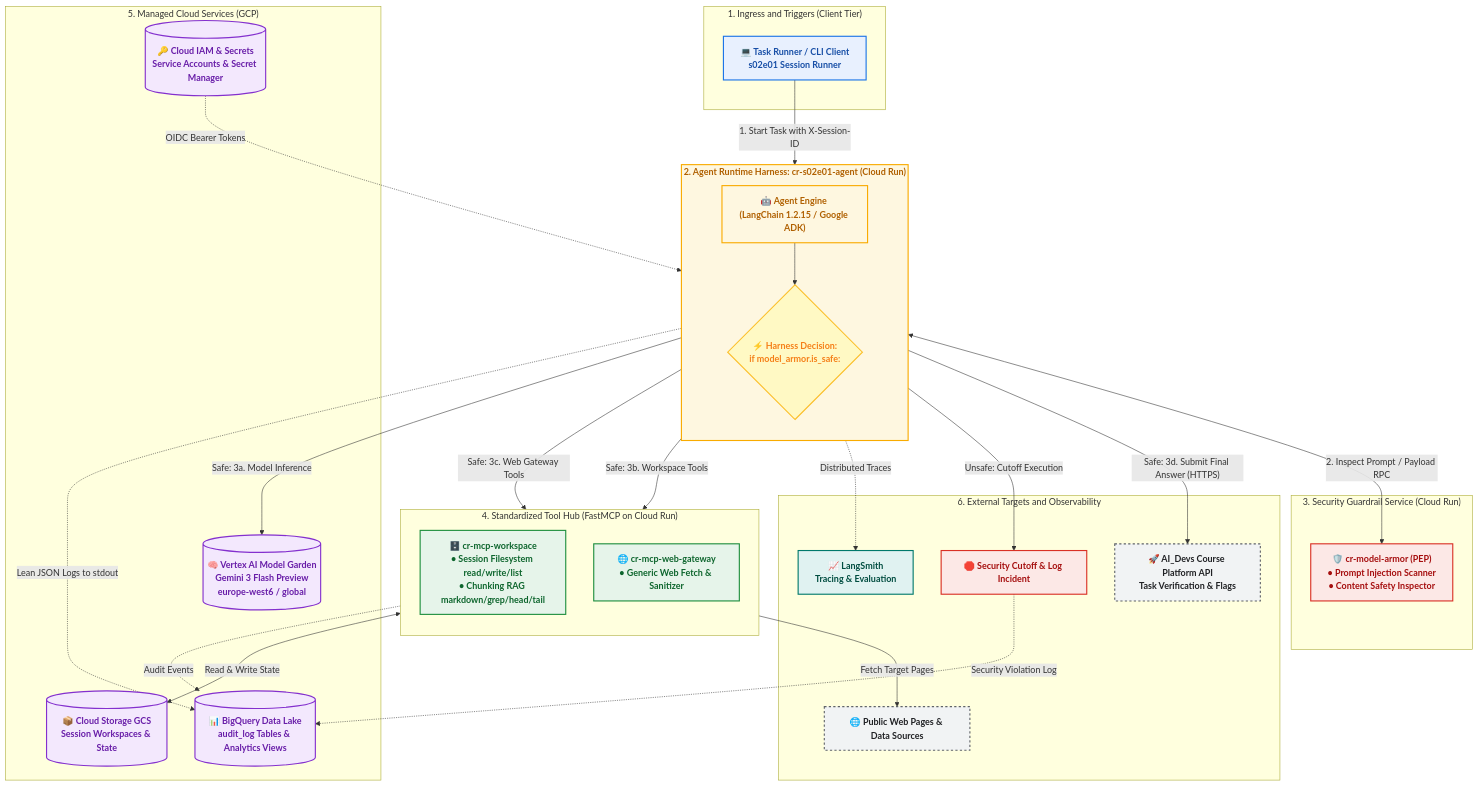
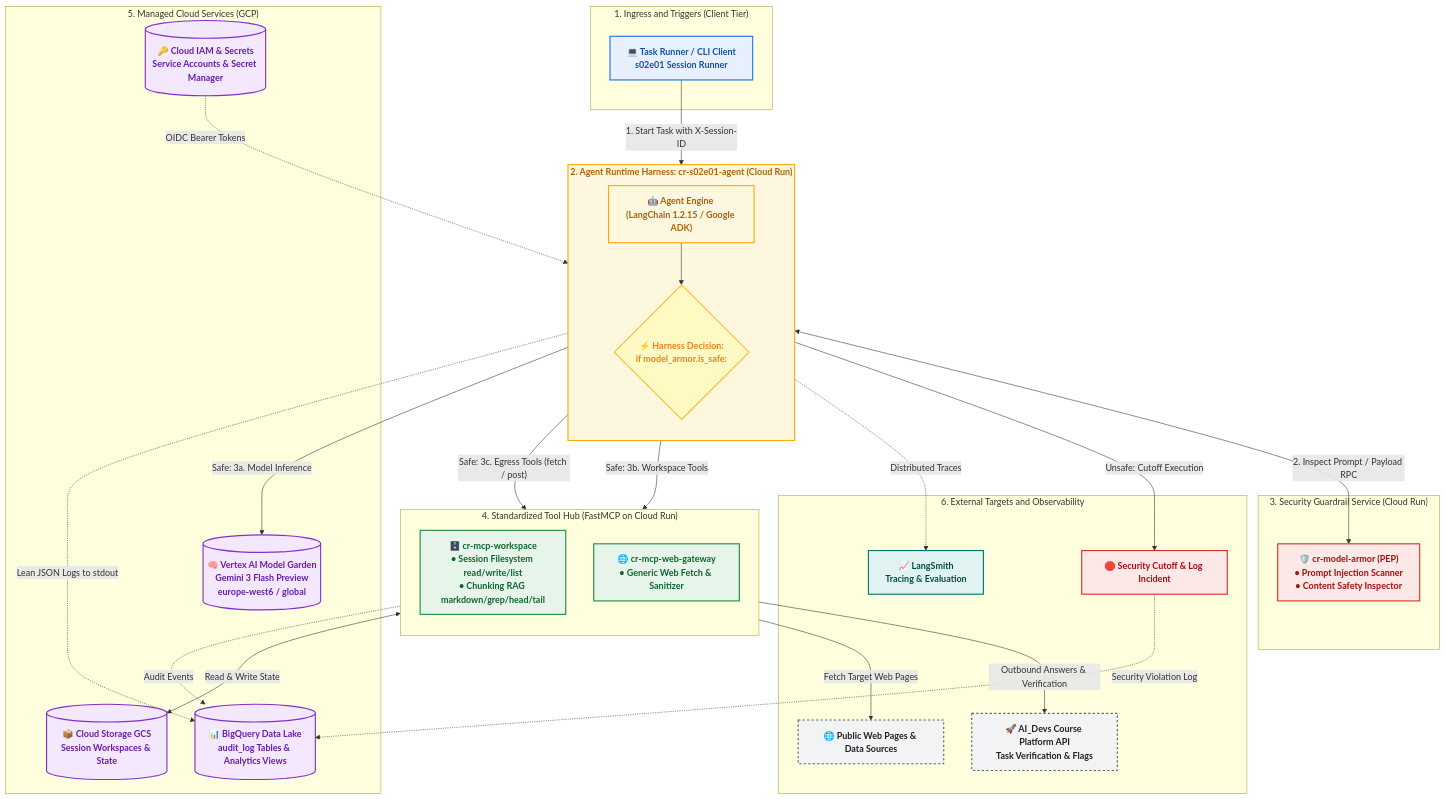
Before and after one commit to arturroo/af-aidevs: the diagram in README.md, drawn with Mermaid.

Commit message:
docs: correct egress topology showing all external AI_Devs API and web interactions routed through MCP Web Gateway

````diff
--- a/README.md
+++ b/README.md
@@ -20,76 +20,76 @@
 ```mermaid
 flowchart TB
     %% Enterprise Styling
     classDef clientTier fill:#E8F0FE,stroke:#1A73E8,stroke-width:2px,color:#174EA6,font-weight:bold;
     classDef agentTier fill:#FEF7E0,stroke:#F9AB00,stroke-width:2px,color:#B06000,font-weight:bold;
     classDef gateTier fill:#FCE8E6,stroke:#D93025,stroke-width:2px,color:#A50E0E,font-weight:bold;
     classDef decisionTier fill:#FFF9C4,stroke:#FBC02D,stroke-width:2px,color:#F57F17,font-weight:bold;
     classDef mcpTier fill:#E6F4EA,stroke:#1E8E3E,stroke-width:2px,color:#0D652D,font-weight:bold;
     classDef paasTier fill:#F3E8FD,stroke:#8430CE,stroke-width:2px,color:#681DA8,font-weight:bold;
     classDef obsTier fill:#E0F2F1,stroke:#00796B,stroke-width:2px,color:#004D40,font-weight:bold;
     classDef extTier fill:#F1F3F4,stroke:#5F6368,stroke-width:2px,stroke-dasharray: 4 4,color:#202124,font-weight:bold;
 
     %% 1. INGRESS TIER
     subgraph TIER_CLIENT ["1. Ingress and Triggers (Client Tier)"]
         CLI["💻 Task Runner / CLI Client<br/>s02e01 Session Runner"]:::clientTier
     end
 
     %% 2. AGENT RUNTIME HARNESS (Cloud Run)
     subgraph TIER_AGENT ["2. Agent Runtime Harness: cr-s02e01-agent (Cloud Run)"]
         direction TB
         AGENT_CORE["🤖 Agent Engine (LangChain 1.2.15 / Google ADK)"]:::agentTier
         AGENT_IF{"⚡ Harness Decision:<br/>if model_armor.is_safe:"}:::decisionTier
         AGENT_CORE --> AGENT_IF
     end
     class TIER_AGENT agentTier;
 
     %% 3. SECURITY INSPECTION SERVICE (Cloud Run)
     subgraph TIER_GATE ["3. Security Guardrail Service (Cloud Run)"]
         MA["🛡️ cr-model-armor (PEP)<br/>• Prompt Injection Scanner<br/>• Content Safety Inspector"]:::gateTier
     end
 
     %% 4. MCP TOOL HUB TIER (Cloud Run)
     subgraph TIER_MCP ["4. Standardized Tool Hub (FastMCP on Cloud Run)"]
         direction TB
         MCP_WS["🗄️ cr-mcp-workspace<br/>• Session Filesystem read/write/list<br/>• Chunking RAG markdown/grep/head/tail"]:::mcpTier
         MCP_WEB["🌐 cr-mcp-web-gateway<br/>• Generic Web Fetch & Sanitizer"]:::mcpTier
     end
 
     %% 5. MANAGED CLOUD PLATFORM & AI (GCP)
     subgraph TIER_GCP ["5. Managed Cloud Services (GCP)"]
         VAI[("🧠 Vertex AI Model Garden<br/>Gemini 3 Flash Preview<br/>europe-west6 / global")]:::paasTier
         GCS[("📦 Cloud Storage GCS<br/>Session Workspaces & State")]:::paasTier
         BQ[("📊 BigQuery Data Lake<br/>audit_log Tables & Analytics Views")]:::paasTier
         IAM[("🔑 Cloud IAM & Secrets<br/>Service Accounts & Secret Manager")]:::paasTier
     end
 
     %% 6. EXTERNAL EGRESS & OBSERVABILITY
     subgraph TIER_EXT ["6. External Targets and Observability"]
         AIDEVS_API["🚀 AI_Devs Course Platform API<br/>Task Verification & Flags"]:::extTier
         PUBLIC_NET["🌐 Public Web Pages & Data Sources"]:::extTier
         LS["📈 LangSmith<br/>Tracing & Evaluation"]:::obsTier
         BLOCKED["🛑 Security Cutoff & Log Incident"]:::gateTier
     end
 
     %% RUNTIME WORKFLOW
     CLI -->|"1. Start Task with X-Session-ID"| AGENT_CORE
     AGENT_CORE <-->|"2. Inspect Prompt / Payload RPC"| MA
     
     %% BRANCHING FROM AGENT HARNESS
     AGENT_IF -->|"Safe: 3a. Model Inference"| VAI
     AGENT_IF -->|"Safe: 3b. Workspace Tools"| MCP_WS
-    AGENT_IF -->|"Safe: 3c. Web Gateway Tools"| MCP_WEB
-    AGENT_IF -->|"Safe: 3d. Submit Final Answer (HTTPS)"| AIDEVS_API
+    AGENT_IF -->|"Safe: 3c. Egress Tools (fetch / post)"| MCP_WEB
     AGENT_IF -->|"Unsafe: Cutoff Execution"| BLOCKED
 
-    %% BACKEND STORAGE & OUTBOUND FETCH
+    %% BACKEND STORAGE & OUTBOUND EGRESS
     MCP_WS <-->|"Read & Write State"| GCS
-    MCP_WEB -->|"Fetch Target Pages"| PUBLIC_NET
+    MCP_WEB -->|"Outbound Answers & Verification"| AIDEVS_API
+    MCP_WEB -->|"Fetch Target Web Pages"| PUBLIC_NET
 
     %% TELEMETRY & GOVERNANCE
     IAM -.->|"OIDC Bearer Tokens"| AGENT_CORE
     AGENT_CORE -.->|"Distributed Traces"| LS
     AGENT_CORE -.->|"Lean JSON Logs to stdout"| BQ
     MCP_WS -.->|"Audit Events"| BQ
     BLOCKED -.->|"Security Violation Log"| BQ
 ```
````
